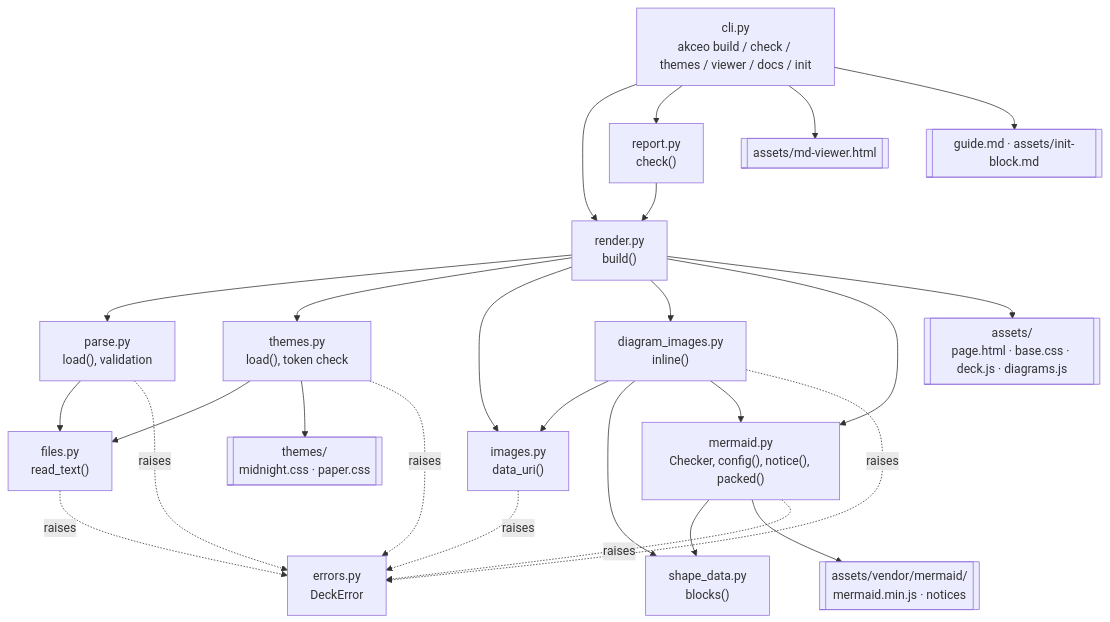
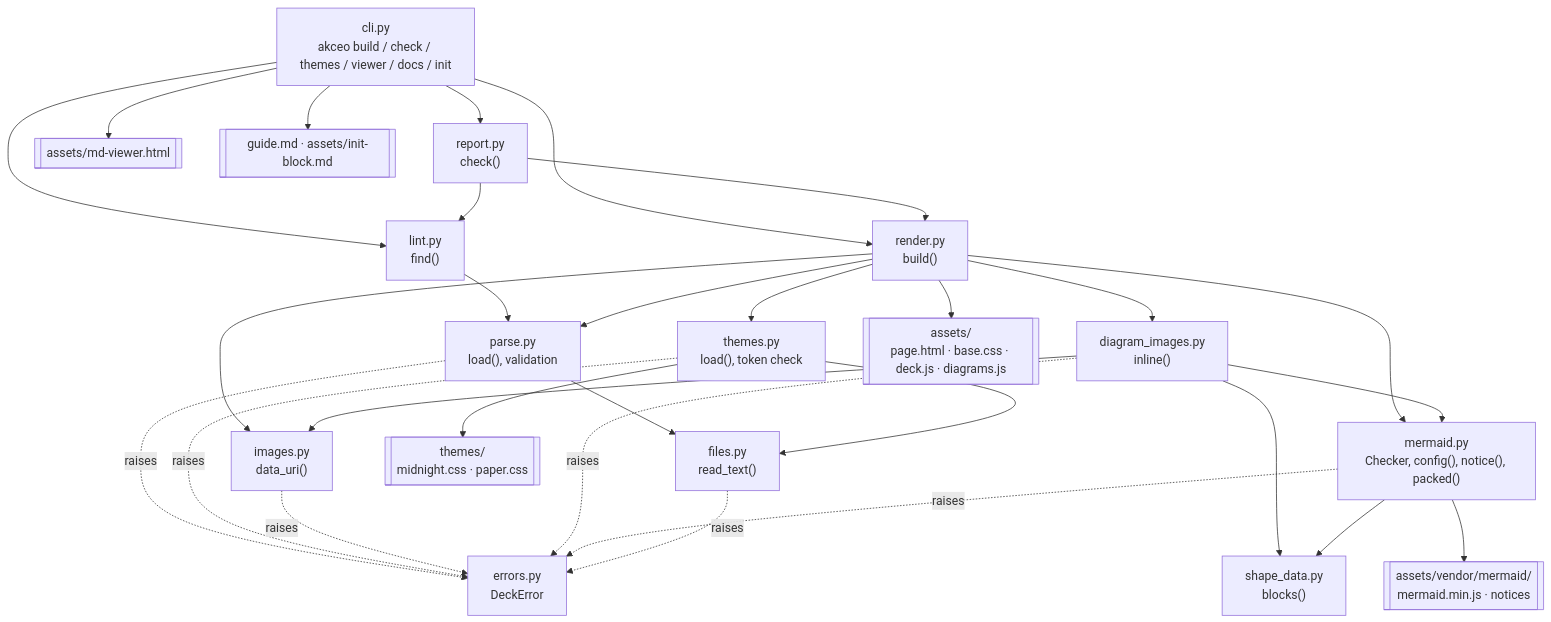
One commit to LunarCommand/akceo changed the fifth of 11 diagrams in docs/how-it-works.md. Above: the diagram before and after it, drawn with Mermaid. The commit also changed other lines of this file and 14 other files, not shown here.

````diff
--- a/docs/how-it-works.md
+++ b/docs/how-it-works.md
@@ -198,28 +198,31 @@
 ```mermaid
 flowchart TD
     cli["cli.py<br/>akceo build / check / themes / viewer / docs / init"] --> render["render.py<br/>build()"]
     cli --> report["report.py<br/>check()"]
     report --> render
+    cli --> lint["lint.py<br/>find()"]
+    report --> lint
+    lint --> parse
     render --> parse["parse.py<br/>load(), validation"]
     parse --> files["files.py<br/>read_text()"]
     render --> themes["themes.py<br/>load(), token check"]
     themes --> files
     render --> images["images.py<br/>data_uri()"]
     render --> dimages["diagram_images.py<br/>inline()"]
     dimages --> images
     dimages --> shape["shape_data.py<br/>blocks()"]
     render --> mermaid["mermaid.py<br/>Checker, config(), notice(), packed()"]
     dimages --> mermaid
     mermaid --> shape
     mermaid --> vendor[["assets/vendor/mermaid/<br/>mermaid.min.js · notices"]]
     render --> assets[["assets/<br/>page.html · base.css · deck.js · diagrams.js"]]
     themes --> builtin[["themes/<br/>midnight.css · paper.css"]]
     cli --> viewer[["assets/md-viewer.html"]]
     cli --> guide[["guide.md · assets/init-block.md"]]
     parse -.->|raises| err["errors.py<br/>DeckError"]
     themes -.->|raises| err
     images -.->|raises| err
     dimages -.->|raises| err
     mermaid -.->|raises| err
     files -.->|raises| err
 ```
````
